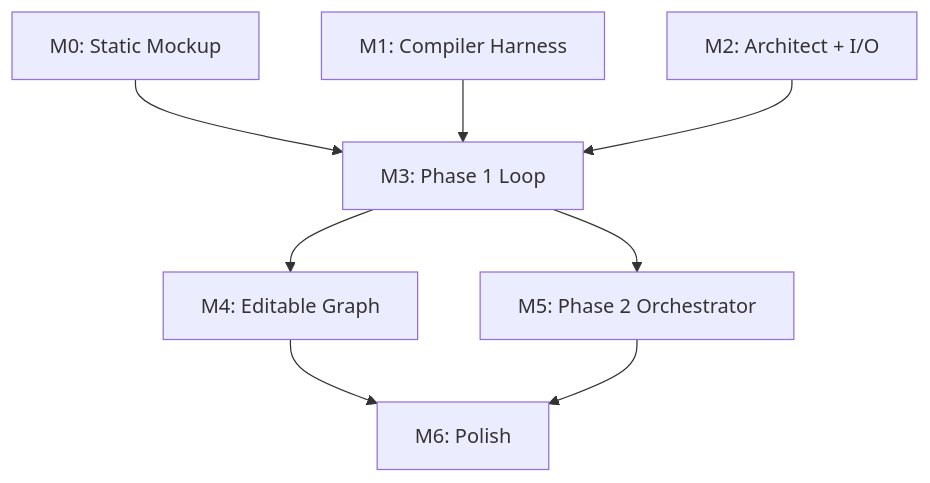
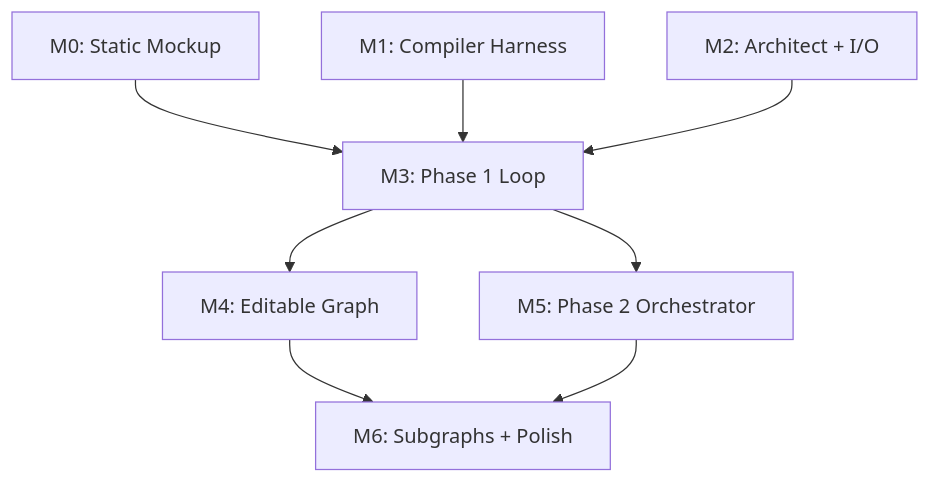
Before and after one commit to Ezimakyu/IterViz: the diagram in TODO.md, drawn with Mermaid. The commit also changed other lines of this file and 17 other files, not shown here.

````diff
--- a/TODO.md
+++ b/TODO.md
@@ -676,18 +757,18 @@
 ```mermaid
 flowchart TD
   M0[M0: Static Mockup]
   M1[M1: Compiler Harness]
   M2[M2: Architect + I/O]
   M3[M3: Phase 1 Loop]
   M4[M4: Editable Graph]
   M5[M5: Phase 2 Orchestrator]
-  M6[M6: Polish]
+  M6[M6: Subgraphs + Polish]
 
   M0 --> M3
   M1 --> M3
   M2 --> M3
   M3 --> M4
   M3 --> M5
   M4 --> M6
   M5 --> M6
 ```
````
